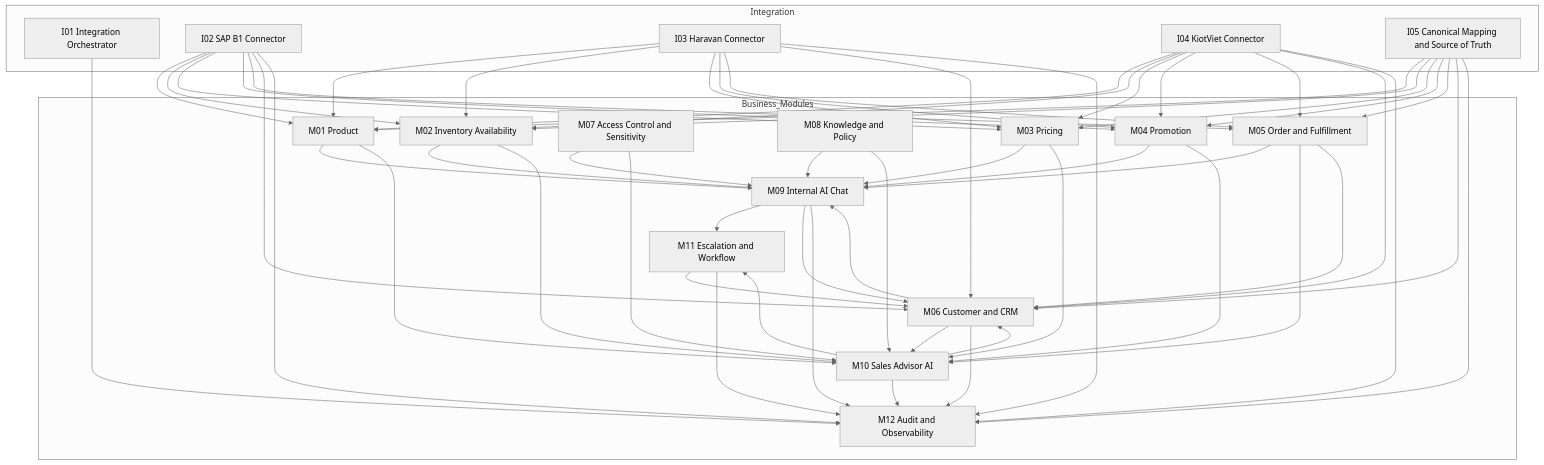
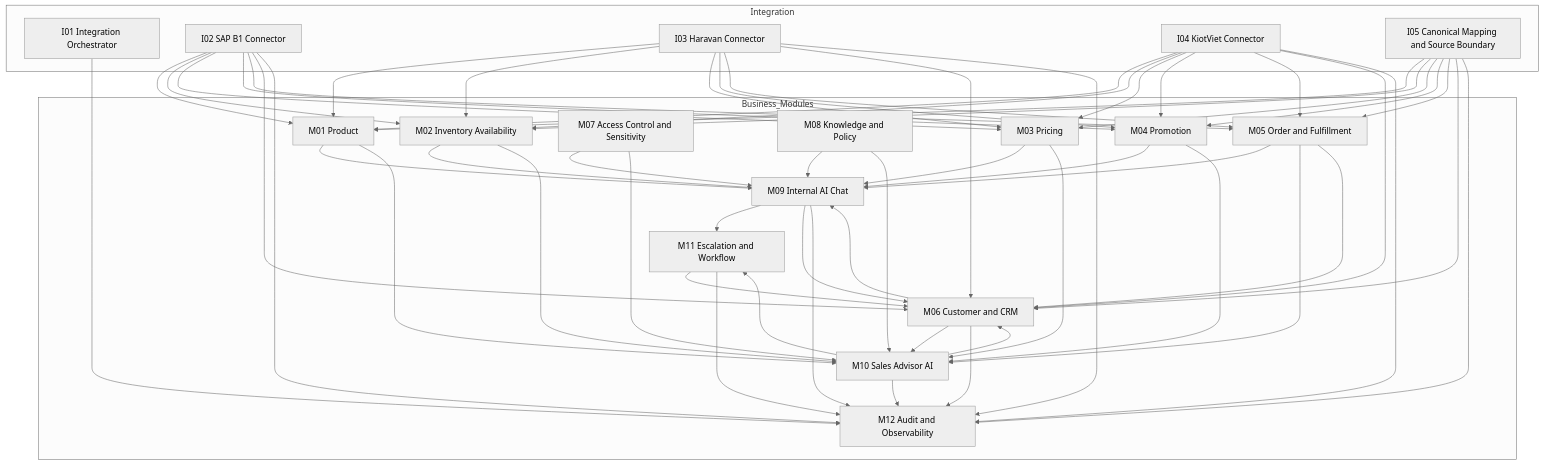
Before and after one commit to alextran8320/mia-bq-enterprise: the diagram in 01_Projects/MIABOS/Analysis/Features/_feature_dependency_map.md, drawn with Mermaid (neutral theme). The commit also changed 57 other files, not shown here.

```diff
--- a/01_Projects/MIABOS/Analysis/Features/_feature_dependency_map.md
+++ b/01_Projects/MIABOS/Analysis/Features/_feature_dependency_map.md
@@ -9,7 +9,7 @@
         I02[I02 SAP B1 Connector]
         I03[I03 Haravan Connector]
         I04[I04 KiotViet Connector]
-        I05[I05 Canonical Mapping and Source of Truth]
+        I05[I05 Canonical Mapping and Source Boundary]
     end
 
     subgraph Business_Modules
```
